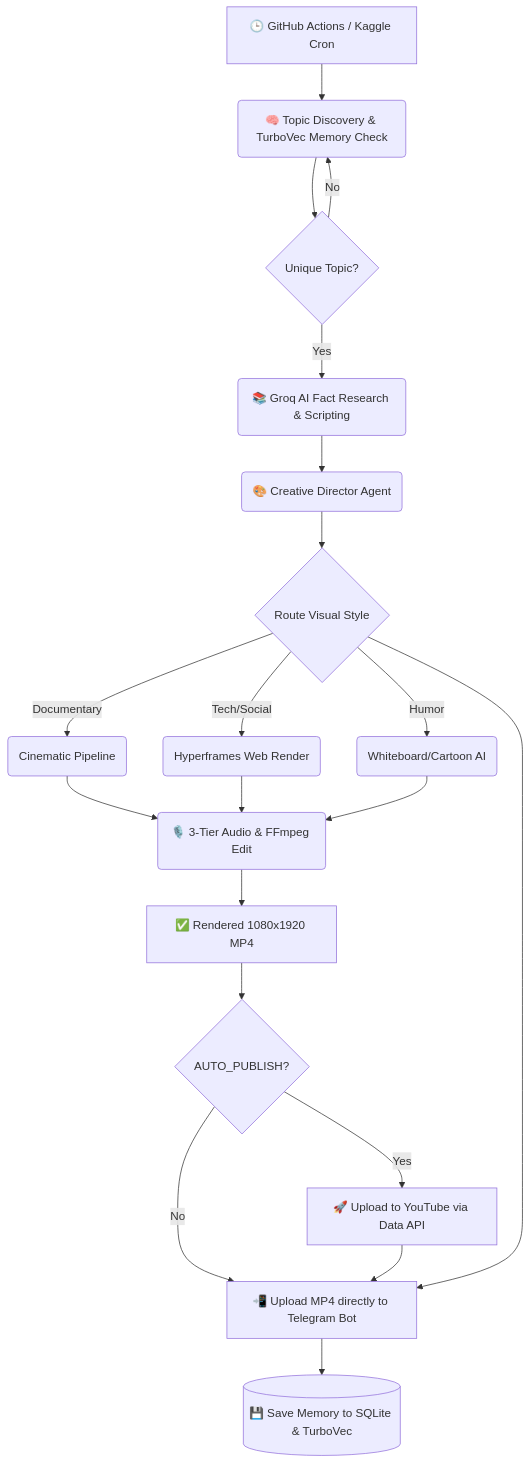
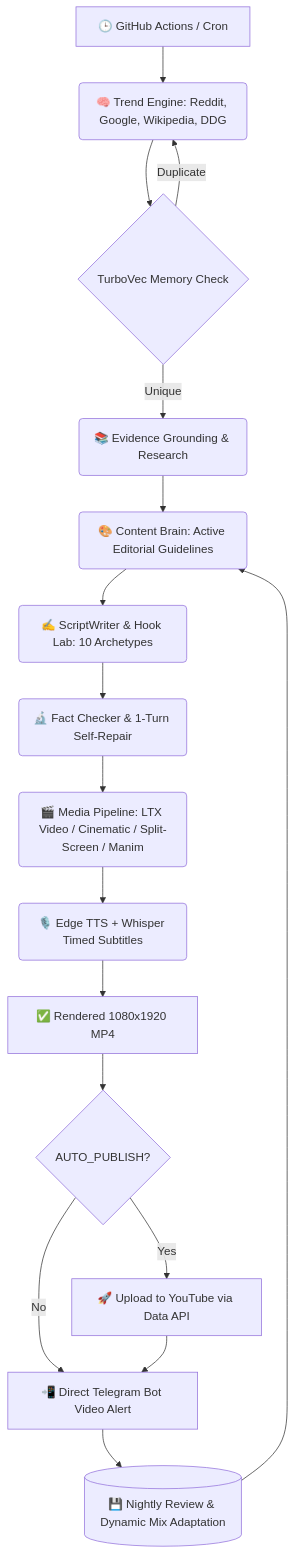
One commit to manojvenaram/agent-automation changed the diagram in README.md. Above: the diagram before and after it, drawn with Mermaid. The commit also changed other lines of this file, not shown here.

Commit message:
docs: comprehensive README overhaul with LTX Video Studio, architecture, and GSD status

````diff
--- a/README.md
+++ b/README.md
@@ -35,24 +65,19 @@
 ```mermaid
 graph TD
-    A[🕒 GitHub Actions / Kaggle Cron] --> B(🧠 Topic Discovery & TurboVec Memory Check)
-    B --> C{Unique Topic?}
-    C -- No --> B
-    C -- Yes --> D(📚 Groq AI Fact Research & Scripting)
-    D --> E(🎨 Creative Director Agent)
-    E --> F{Route Visual Style}
-    F --> |Documentary| G1(Cinematic Pipeline)
-    F --> |Tech/Social| G2(Hyperframes Web Render)
-    F --> |Humor| G3(Whiteboard/Cartoon AI)
-    G1 --> H(🎙️ 3-Tier Audio & FFmpeg Edit)
-    G2 --> H
-    G3 --> H
-    H --> J[✅ Rendered 1080x1920 MP4]
-    
+    A[🕒 GitHub Actions / Cron] --> B(🧠 Trend Engine: Reddit, Google, Wikipedia, DDG)
+    B --> C{TurboVec Memory Check}
+    C -- Duplicate --> B
+    C -- Unique --> D(📚 Evidence Grounding & Research)
+    D --> E(🎨 Content Brain: Active Editorial Guidelines)
+    E --> F(✍️ ScriptWriter & Hook Lab: 10 Archetypes)
+    F --> G(🔬 Fact Checker & 1-Turn Self-Repair)
+    G --> H(🎬 Media Pipeline: LTX Video / Cinematic / Split-Screen / Manim)
+    H --> I(🎙️ Edge TTS + Whisper Timed Subtitles)
+    I --> J[✅ Rendered 1080x1920 MP4]
     J --> K{AUTO_PUBLISH?}
     K -- Yes --> L[🚀 Upload to YouTube via Data API]
     K -- No --> M
-    L --> M[📲 Upload MP4 directly to Telegram Bot]
-    F --> M
-    
-    M --> N[(💾 Save Memory to SQLite & TurboVec)]
+    L --> M[📲 Direct Telegram Bot Video Alert]
+    M --> N[(💾 Nightly Review & Dynamic Mix Adaptation)]
+    N --> E
 ```
````
